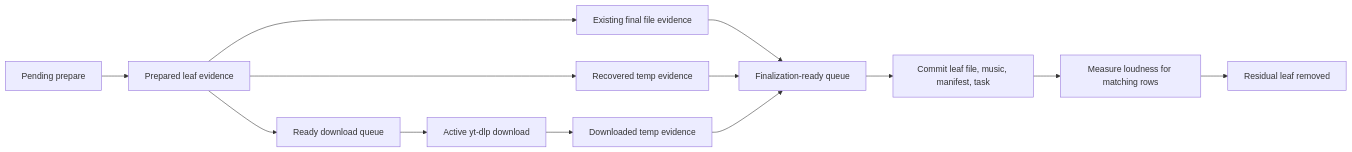
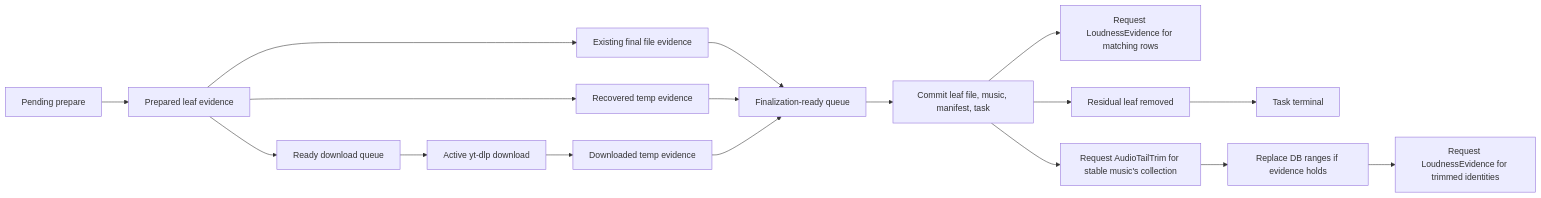
Before and after one commit to GrahLnn/slisic: the diagram in src-tauri/src/domain/downloads/download-behavior.design.md, drawn with Mermaid. The commit also changed other lines of this file and 36 other files, not shown here.

````diff
--- a/src-tauri/src/domain/downloads/download-behavior.design.md
+++ b/src-tauri/src/domain/downloads/download-behavior.design.md
@@ -326,15 +392,19 @@
 ```mermaid
 flowchart LR
     Pending["Pending prepare"] --> Prepared["Prepared leaf evidence"]
     Prepared --> Existing["Existing final file evidence"]
     Prepared --> ReadyDownload["Ready download queue"]
     Prepared --> Temp["Recovered temp evidence"]
     ReadyDownload --> Downloading["Active yt-dlp download"]
     Downloading --> Downloaded["Downloaded temp evidence"]
     Existing --> Finalize["Finalization-ready queue"]
     Temp --> Finalize
     Downloaded --> Finalize
     Finalize --> Commit["Commit leaf file, music, manifest, task"]
-    Commit --> Loudness["Measure loudness for matching rows"]
-    Loudness --> ResidualRemoved["Residual leaf removed"]
+    Commit --> Loudness["Request LoudnessEvidence for matching rows"]
+    Commit --> TailTrim["Request AudioTailTrim for stable music's collection"]
+    Commit --> ResidualRemoved["Residual leaf removed"]
+    ResidualRemoved --> Terminal["Task terminal"]
+    TailTrim --> TailRows["Replace DB ranges if evidence holds"]
+    TailRows --> TailLoudness["Request LoudnessEvidence for trimmed identities"]
 ```
````
